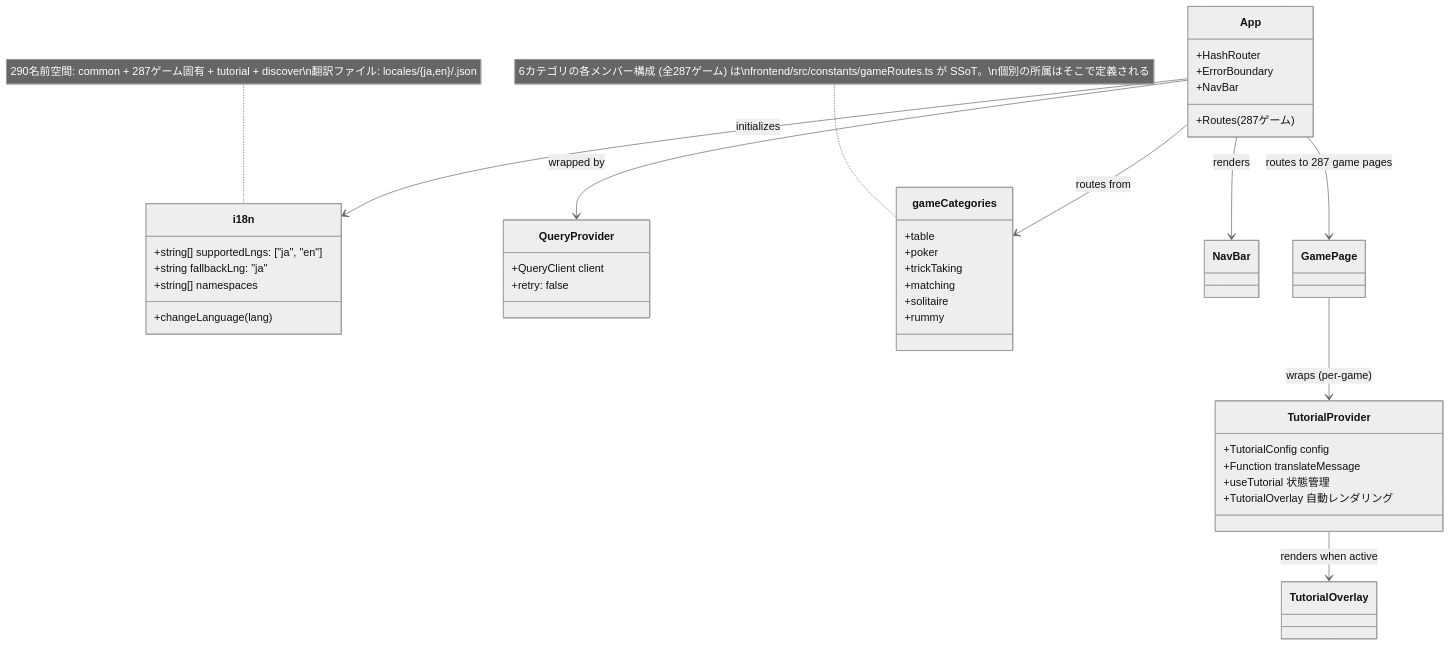
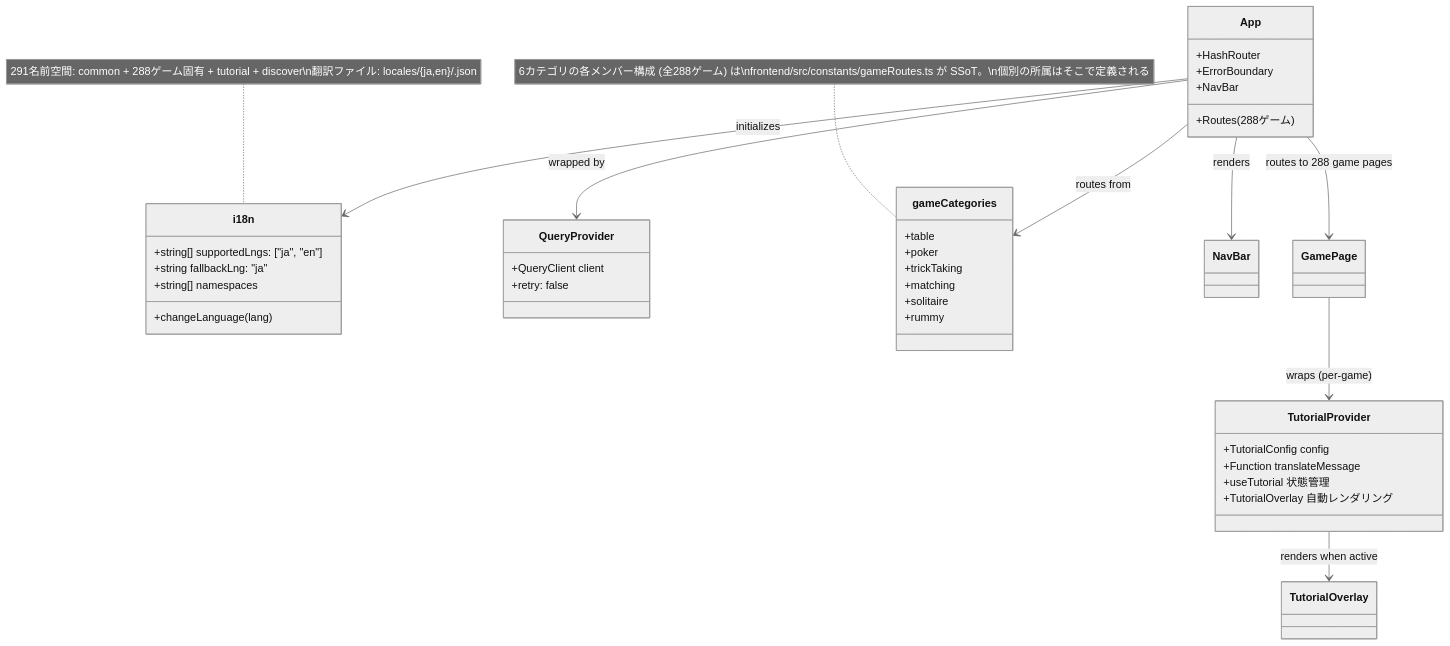
The ninth of 49 diagrams in docs/design/frontend.md (yuta-yoshinaga/go_trumpcards), drawn with Mermaid (neutral theme) before and after one commit. The commit also changed other lines of this file and 61 other files, not shown here.

````diff
--- a/docs/design/frontend.md
+++ b/docs/design/frontend.md
@@ -1869,48 +1869,48 @@
 ```mermaid
 classDiagram
     class i18n {
         +string[] supportedLngs: ["ja", "en"]
         +string fallbackLng: "ja"
         +string[] namespaces
         +changeLanguage(lang)
     }
 
     class QueryProvider {
         +QueryClient client
         +retry: false
     }
 
     class App {
         +HashRouter
         +ErrorBoundary
         +NavBar
-        +Routes (287ゲーム)
+        +Routes (288ゲーム)
     }
 
     class gameCategories {
         +table
         +poker
         +trickTaking
         +matching
         +solitaire
         +rummy
     }
-    note for gameCategories "6カテゴリの各メンバー構成 (全287ゲーム) は\nfrontend/src/constants/gameRoutes.ts が SSoT。\n個別の所属はそこで定義される"
+    note for gameCategories "6カテゴリの各メンバー構成 (全288ゲーム) は\nfrontend/src/constants/gameRoutes.ts が SSoT。\n個別の所属はそこで定義される"
 
     class TutorialProvider {
         +TutorialConfig config
         +Function translateMessage
         +useTutorial 状態管理
         +TutorialOverlay 自動レンダリング
     }
 
     App --> QueryProvider : wrapped by
     App --> i18n : initializes
     App --> gameCategories : routes from
     App --> NavBar : renders
-    App --> GamePage : routes to 287 game pages
+    App --> GamePage : routes to 288 game pages
     GamePage --> TutorialProvider : wraps (per-game)
     TutorialProvider --> TutorialOverlay : renders when active
 
-    note for i18n "290名前空間: common + 287ゲーム固有 + tutorial + discover\n翻訳ファイル: locales/{ja,en}/<game>.json"
+    note for i18n "291名前空間: common + 288ゲーム固有 + tutorial + discover\n翻訳ファイル: locales/{ja,en}/<game>.json"
 ```
````
